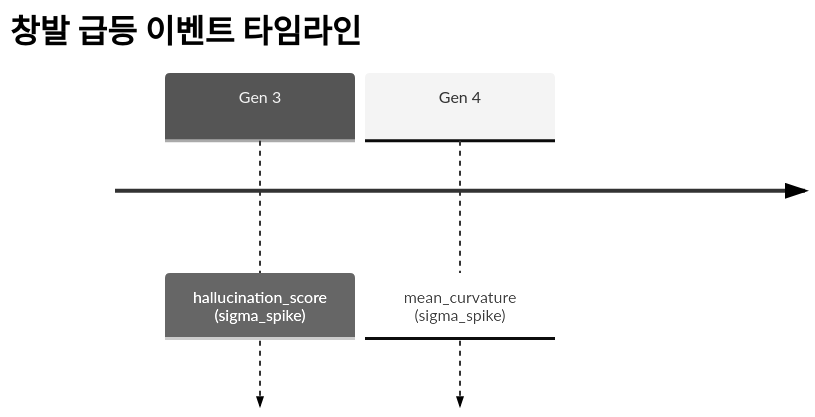
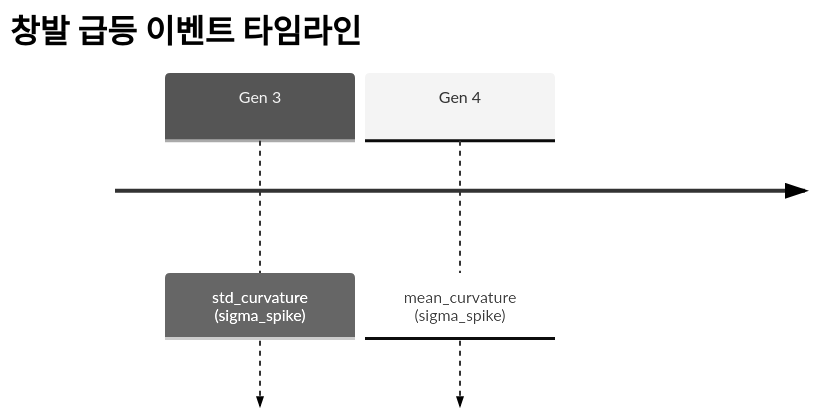
The second of 2 diagrams in README.md (need-singularity/test-1), drawn with Mermaid (neutral theme) before and after one commit. The commit also changed other lines of this file and 7 other files, not shown here.

````diff
--- a/README.md
+++ b/README.md
@@ -85,6 +85,6 @@
 ```mermaid
 timeline
     title 창발 급등 이벤트 타임라인
-    Gen 3 : hallucination_score (sigma_spike)
+    Gen 3 : std_curvature (sigma_spike)
     Gen 4 : mean_curvature (sigma_spike)
 ```
````
